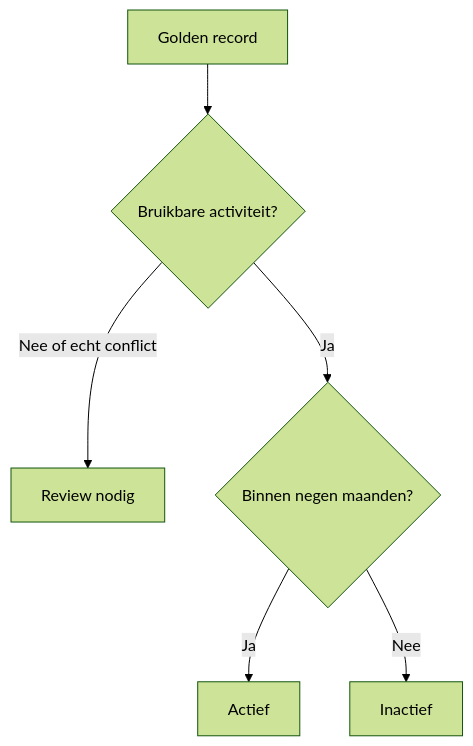
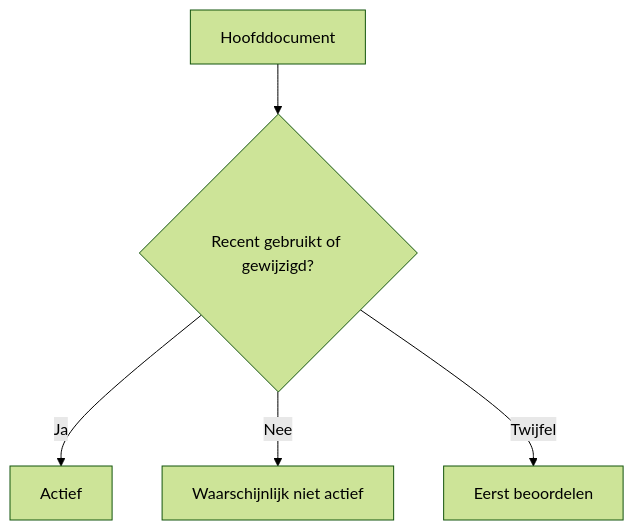
One commit to hugcoding/core-platform changed the third of 7 diagrams in docs/wiki/core-in-gewone-taal.md. Above: the diagram before and after it, drawn with Mermaid (forest theme). The commit also changed other lines of this file, not shown here.

````diff
--- a/docs/wiki/core-in-gewone-taal.md
+++ b/docs/wiki/core-in-gewone-taal.md
@@ -82,8 +49,7 @@
 ```mermaid
 flowchart TD
-    A["Golden record"] --> B{"Bruikbare activiteit?"}
-    B -->|Nee of echt conflict| C["Review nodig"]
-    B -->|Ja| D{"Binnen negen maanden?"}
-    D -->|Ja| E["Actief"]
-    D -->|Nee| F["Inactief"]
+    A["Hoofddocument"] --> B{"Recent gebruikt of gewijzigd?"}
+    B -->|Ja| C["Actief"]
+    B -->|Nee| D["Waarschijnlijk niet actief"]
+    B -->|Twijfel| E["Eerst beoordelen"]
 ```
````
